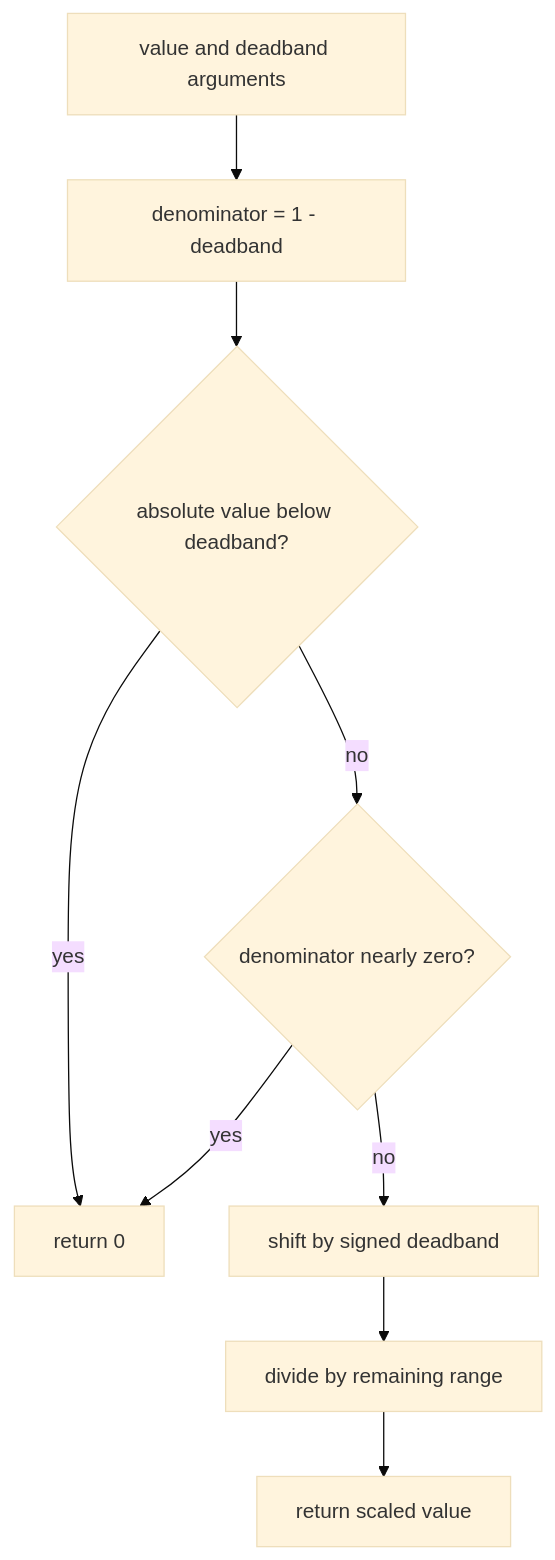
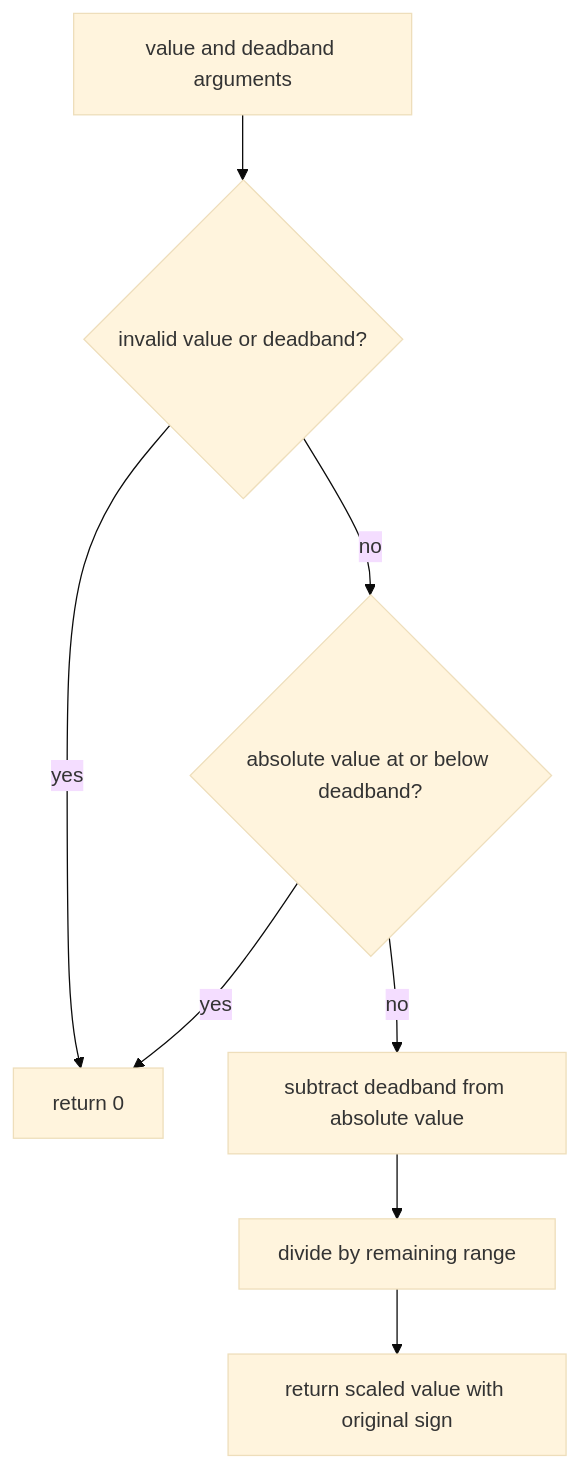
One commit to ARES-23247/ARESWEB changed the diagram in content/learning/programming/01-kotlin-basics.md. Above: the diagram before and after it, drawn with Mermaid (base theme). The commit also changed other lines of this file and 65 other files, not shown here.

````diff
--- a/content/learning/programming/01-kotlin-basics.md
+++ b/content/learning/programming/01-kotlin-basics.md
@@ -82,12 +80,11 @@
 ```mermaid
-%% aria: The applyDeadband function receives a joystick value and deadband. Values inside the quiet area return zero. A nearly zero denominator also returns zero. Other valid values are shifted away from the deadband and divided by the remaining range.
+%% aria: The applyDeadband function receives a joystick value and deadband. An invalid value or deadband returns zero. Values inside the quiet area also return zero. Other values have the deadband removed from their size, are divided by the remaining range, and get their sign back.
 flowchart TD
-    A["value and deadband arguments"] --> B["denominator = 1 - deadband"]
-    B --> C{"absolute value below deadband?"}
-    C -->|yes| Z["return 0"]
-    C -->|no| D{"denominator nearly zero?"}
-    D -->|yes| Z
-    D -->|no| E["shift by signed deadband"]
+    A["value and deadband arguments"] --> B{"invalid value or deadband?"}
+    B -->|yes| Z["return 0"]
+    B -->|no| C{"absolute value at or below deadband?"}
+    C -->|yes| Z
+    C -->|no| E["subtract deadband from absolute value"]
     E --> F["divide by remaining range"]
-    F --> R["return scaled value"]
+    F --> R["return scaled value with original sign"]
 ```
````
